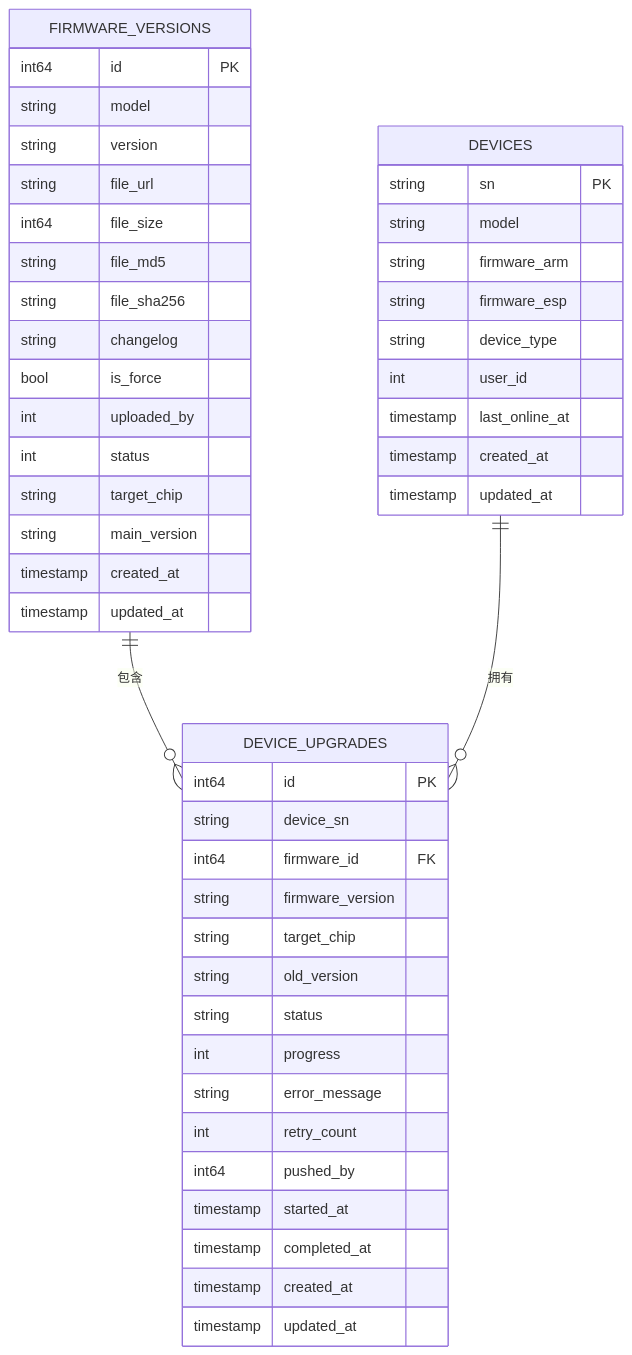
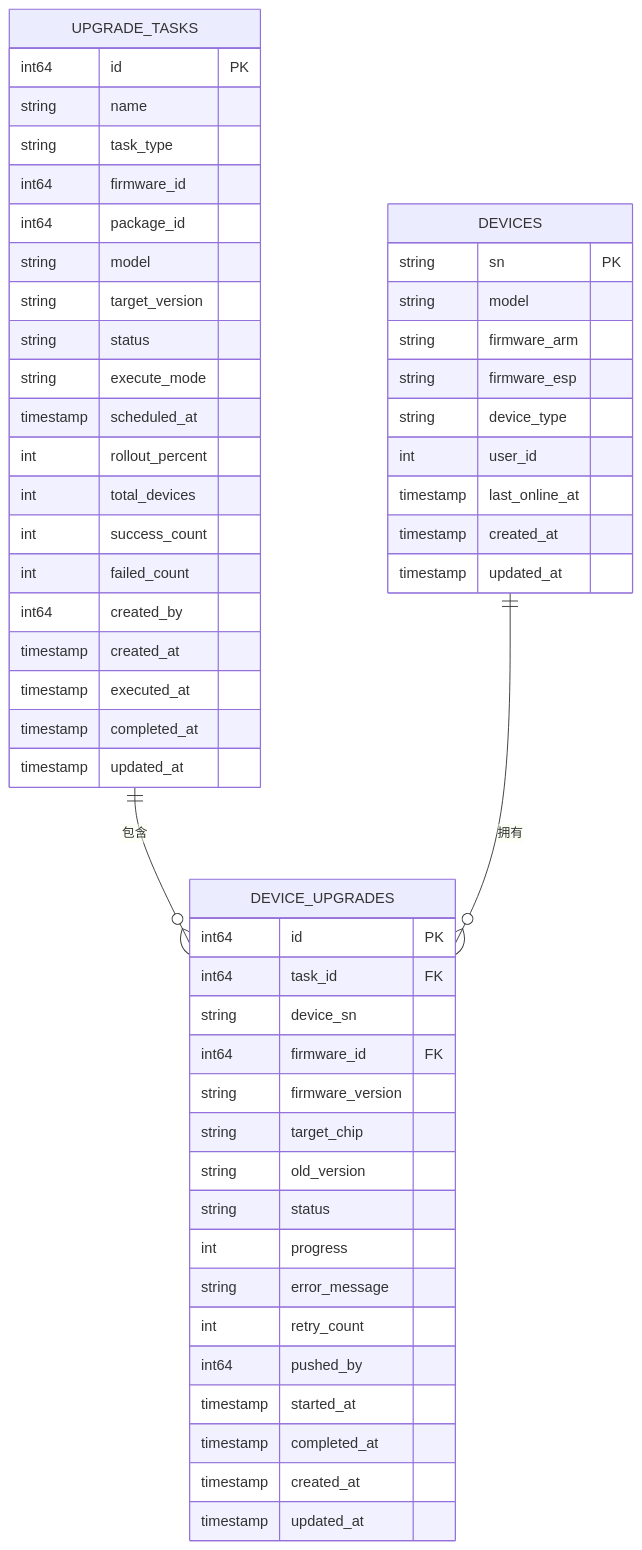
Before and after one commit to mcmrzy/cs_inv_monitor-develop: the eighth of 8 diagrams in .qoder/repowiki/zh/content/OTA升级系统/OTA任务调度/OTA任务创建.md, drawn with Mermaid. The commit also changed other lines of this file and 128 other files, not shown here.

````diff
--- a/.qoder/repowiki/zh/content/OTA升级系统/OTA任务调度/OTA任务创建.md
+++ b/.qoder/repowiki/zh/content/OTA升级系统/OTA任务调度/OTA任务创建.md
@@ -405,50 +432,55 @@
 ```mermaid
 erDiagram
-FIRMWARE_VERSIONS {
+UPGRADE_TASKS {
 int64 id PK
+string name
+string task_type
+int64 firmware_id
+int64 package_id
 string model
-string version
-string file_url
-int64 file_size
-string file_md5
-string file_sha256
-string changelog
-bool is_force
-int uploaded_by
-int status
-string target_chip
-string main_version
+string target_version
+string status
+string execute_mode
+timestamp scheduled_at
+int rollout_percent
+int total_devices
+int success_count
+int failed_count
+int64 created_by
 timestamp created_at
+timestamp executed_at
+timestamp completed_at
 timestamp updated_at
 }
 DEVICE_UPGRADES {
 int64 id PK
+int64 task_id FK
 string device_sn
 int64 firmware_id FK
 string firmware_version
 string target_chip
 string old_version
 string status
 int progress
 string error_message
 int retry_count
 int64 pushed_by
 timestamp started_at
 timestamp completed_at
 timestamp created_at
 timestamp updated_at
 }
 DEVICES {
 string sn PK
 string model
 string firmware_arm
 string firmware_esp
 string device_type
 int user_id
 timestamp last_online_at
 timestamp created_at
 timestamp updated_at
 }
-FIRMWARE_VERSIONS ||--o{ DEVICE_UPGRADES : "包含"
+UPGRADE_TASKS ||--o{ DEVICE_UPGRADES : "包含"
 DEVICES ||--o{ DEVICE_UPGRADES : "拥有"
 ```
````
